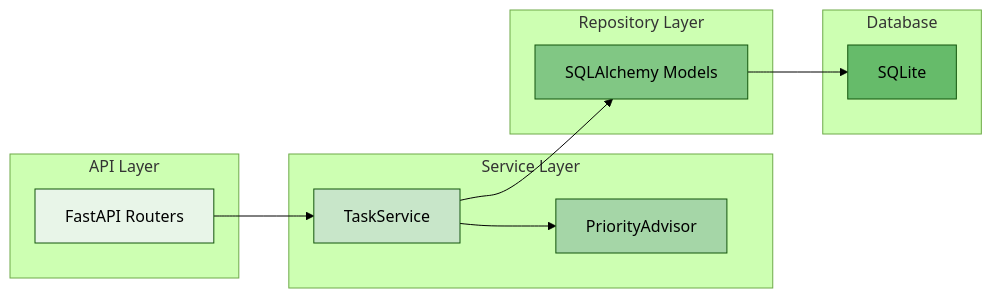
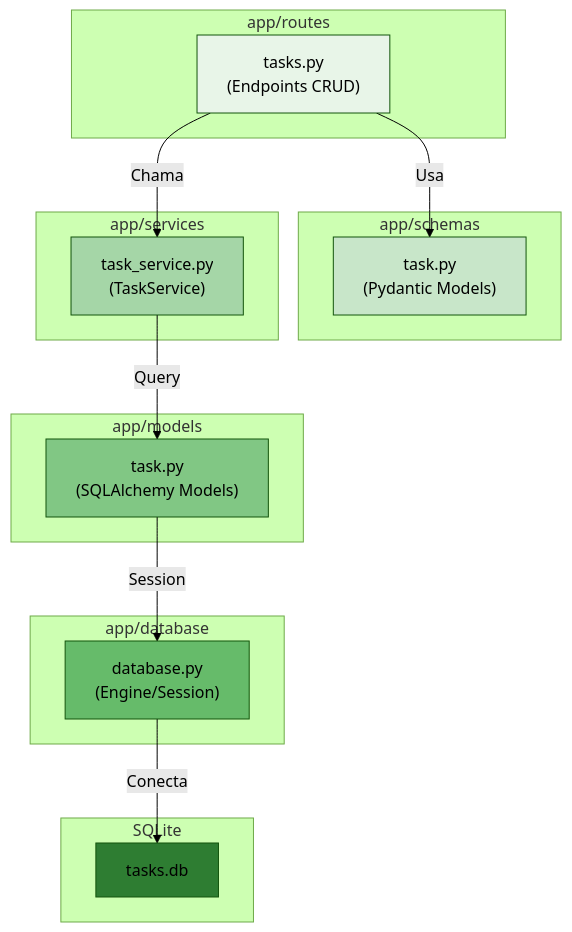
The second of 3 diagrams in docs/diagramas.md (aersouza/laboratorio-taskapi), drawn with Mermaid (forest theme) before and after one commit. The commit also changed other lines of this file, not shown here.

Commit message:
docs: revise architecture diagrams to align with project scope and structure

````diff
--- a/docs/diagramas.md
+++ b/docs/diagramas.md
@@ -34,30 +42,39 @@
 ```mermaid
-graph LR
-    subgraph "API Layer"
-        R[FastAPI Routers]
+graph TB
+    subgraph "app/routes"
+        R["tasks.py<br/>(Endpoints CRUD)"]
     end
 
-    subgraph "Service Layer"
-        S[TaskService]
-        P[PriorityAdvisor]
+    subgraph "app/schemas"
+        S["task.py<br/>(Pydantic Models)"]
     end
 
-    subgraph "Repository Layer"
-        M[SQLAlchemy Models]
+    subgraph "app/services"
+        SVC["task_service.py<br/>(TaskService)"]
     end
 
-    subgraph "Database"
-        DB[SQLite]
+    subgraph "app/models"
+        M["task.py<br/>(SQLAlchemy Models)"]
     end
 
-    R --> S
-    S --> P
-    S --> M
-    M --> DB
+    subgraph "app/database"
+        DB["database.py<br/>(Engine/Session)"]
+    end
+
+    subgraph "SQLite"
+        DATA["tasks.db"]
+    end
+
+    R -->|Usa| S
+    R -->|Chama| SVC
+    SVC -->|Query| M
+    M -->|Session| DB
+    DB -->|Conecta| DATA
 
     style R fill:#e8f5e8
     style S fill:#c8e6c9
-    style P fill:#a5d6a7
+    style SVC fill:#a5d6a7
     style M fill:#81c784
     style DB fill:#66bb6a
+    style DATA fill:#2e7d32
 ```
````
